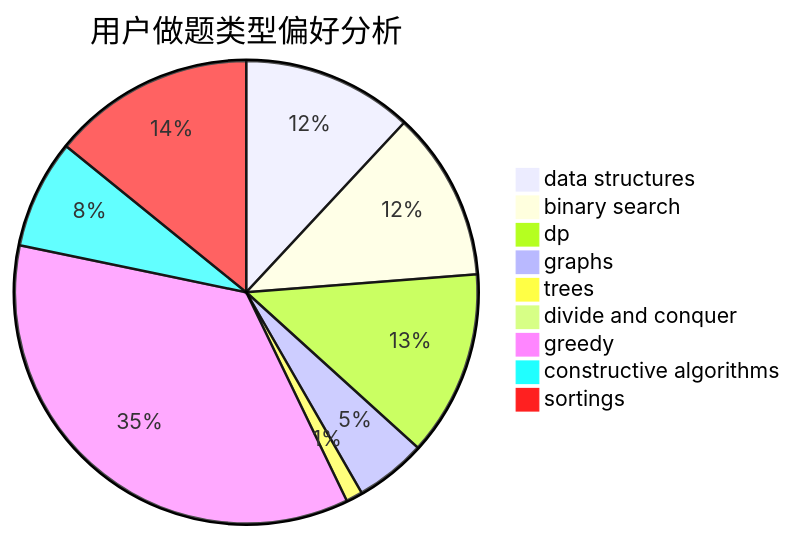
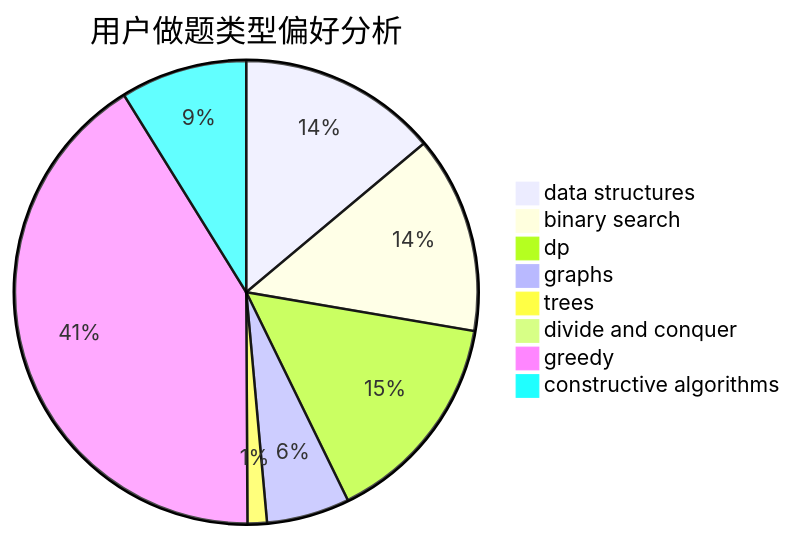
One commit to sherpahu/cfrs.github.io changed the second of 3 diagrams in docs/user/u2181.md. Above: the diagram before and after it, drawn with Mermaid. The commit also changed other lines of this file and 2769 other files, not shown here.

````diff
--- a/docs/user/u2181.md
+++ b/docs/user/u2181.md
@@ -18,12 +18,11 @@
 ```mermaid
 pie title 用户做题类型偏好分析
     "data structures" :  247
     "binary search" :  245
     "dp" :  268
     "graphs" :  103
     "trees" :  24
     "divide and conquer" :  8
     "greedy" :  733
     "constructive algorithms" :  157
-    "sortings" :  293
 ```
````
